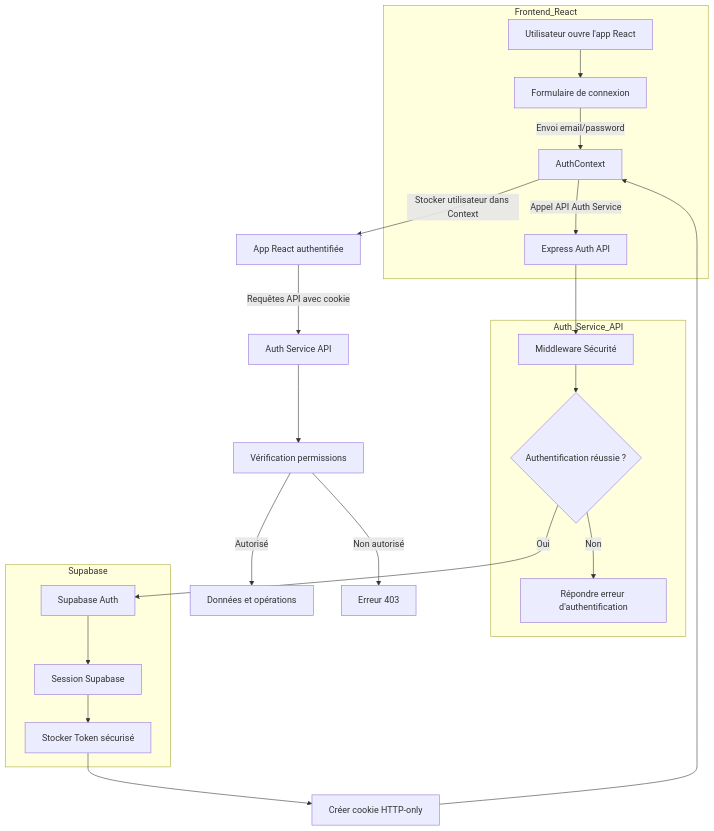
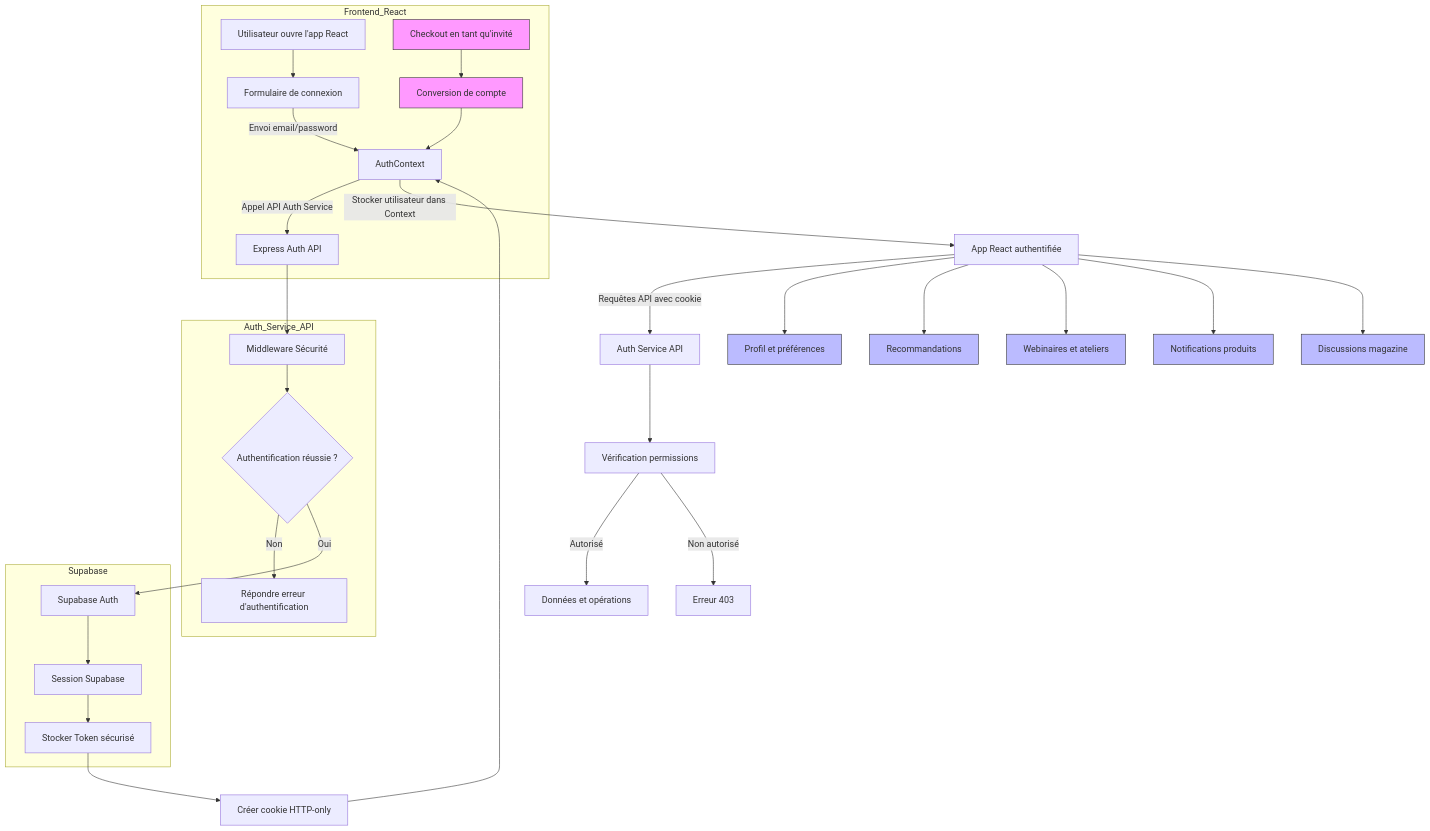
Before and after one commit to inherbver/inHerbisVeritas: the second of 4 diagrams in ARCHITECTURE.md, drawn with Mermaid. The commit also changed other lines of this file and 1 other file, not shown here.

Commit message:
màj README.md et ARCHITECTURE.md

````diff
--- a/ARCHITECTURE.md
+++ b/ARCHITECTURE.md
@@ -17,33 +562,51 @@
 ```mermaid
 graph TD
 
 %% Front-end React
 subgraph Frontend_React
   A[Utilisateur ouvre l'app React] --> B[Formulaire de connexion]
   B -->|Envoi email/password| C[AuthContext]
+  B1[Checkout en tant qu'invité] --> B2[Conversion de compte]
+  B2 --> C
   C -->|Appel API Auth Service| D
 end
 
 %% Service Auth API
 subgraph Auth_Service_API
   D[Express Auth API] --> M[Middleware Sécurité]
   M --> E{Authentification réussie ?}
   E -->|Non| G[Répondre erreur d'authentification]
 end
 
 %% Supabase
 subgraph Supabase
   E -->|Oui| F[Supabase Auth]
   F --> N[Session Supabase]
   N --> O[Stocker Token sécurisé]
 end
 
 %% Suite des échanges authentifiés
 O --> P[Créer cookie HTTP-only]
 P --> C
 C -->|Stocker utilisateur dans Context| I[App React authentifiée]
 I -->|Requêtes API avec cookie| J[Auth Service API]
 J --> K[Vérification permissions]
 K -->|Autorisé| L[Données et opérations]
 K -->|Non autorisé| Q[Erreur 403]
+
+%% Accès aux fonctionnalités avancées
+I --> R[Profil et préférences]
+I --> S[Recommandations]
+I --> T[Webinaires et ateliers]
+I --> U[Notifications produits]
+I --> V[Discussions magazine]
+
+%% Style
+style B1 fill:#f9f,stroke:#333
+style B2 fill:#f9f,stroke:#333
+style R fill:#bbf,stroke:#333
+style S fill:#bbf,stroke:#333
+style T fill:#bbf,stroke:#333
+style U fill:#bbf,stroke:#333
+style V fill:#bbf,stroke:#333
 ```
````
